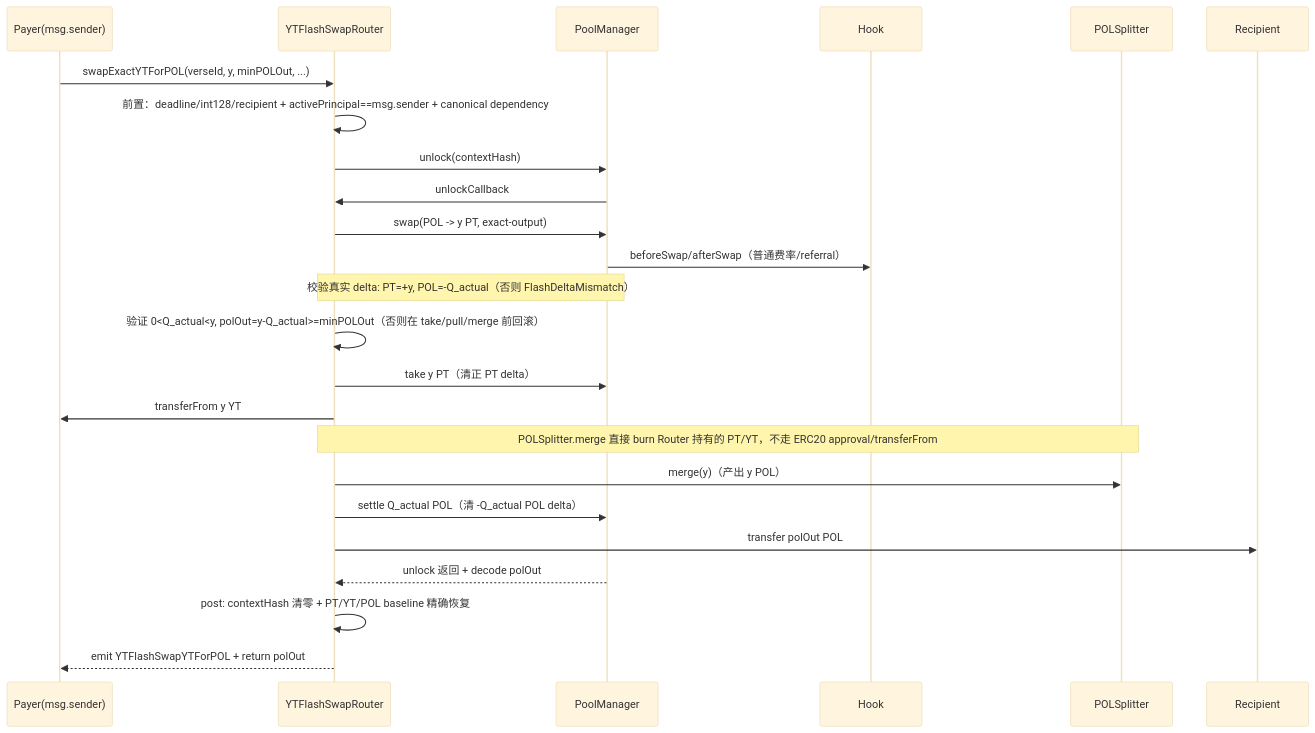
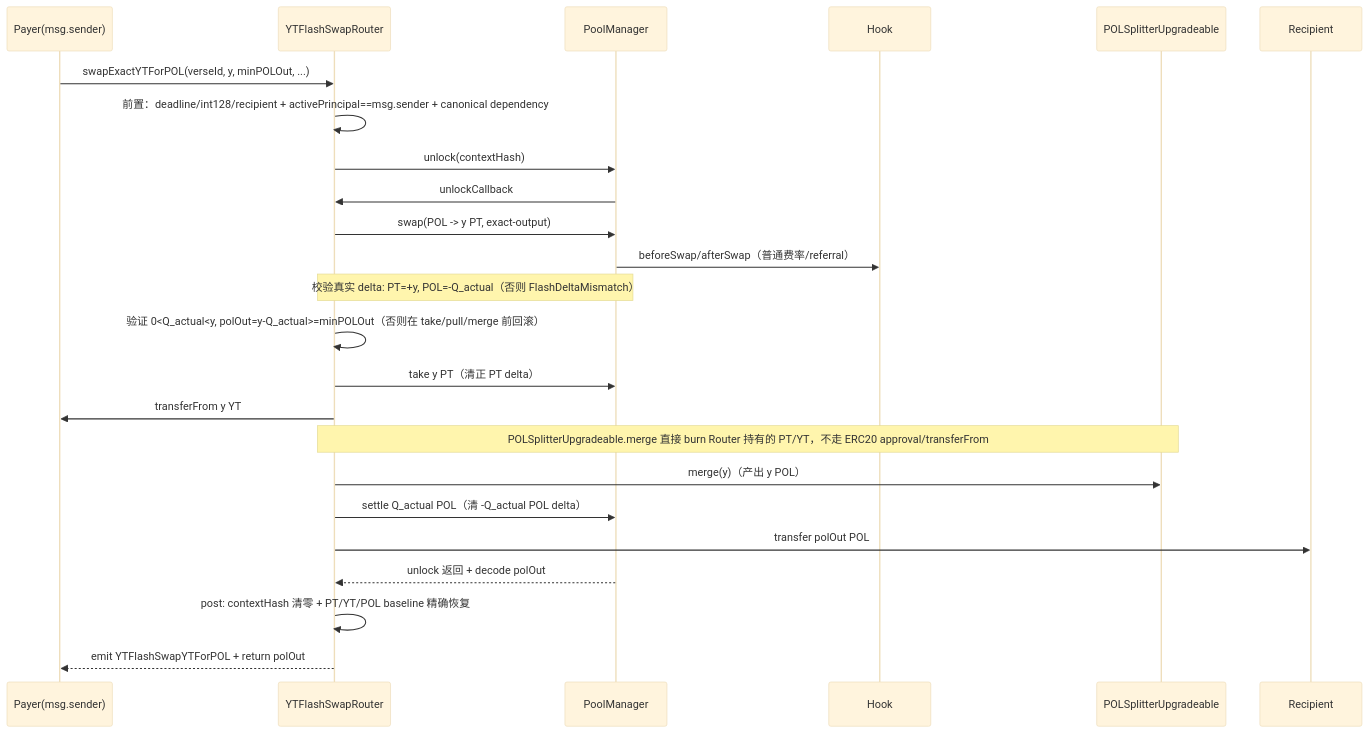
Diagram 11 of 11 in docs/spec/swap/swap-flow.md (OutrunBuild/Memeverse), drawn with Mermaid (base theme) before and after one commit. The commit also changed other lines of this file and 146 other files, not shown here.

````diff
--- a/docs/spec/swap/swap-flow.md
+++ b/docs/spec/swap/swap-flow.md
@@ -309,27 +309,27 @@
 ```mermaid
 sequenceDiagram
     participant U as Payer(msg.sender)
     participant R as YTFlashSwapRouter
     participant PM as PoolManager
     participant H as Hook
-    participant S as POLSplitter
+    participant S as POLSplitterUpgradeable
     participant RC as Recipient
 
     U->>R: swapExactYTForPOL(verseId, y, minPOLOut, ...)
     R->>R: 前置：deadline/int128/recipient + activePrincipal==msg.sender + canonical dependency
     R->>PM: unlock(contextHash)
     PM->>R: unlockCallback
     R->>PM: swap(POL -> y PT, exact-output)
     PM->>H: beforeSwap/afterSwap（普通费率/referral）
     Note over R,PM: 校验真实 delta: PT=+y, POL=-Q_actual（否则 FlashDeltaMismatch）
     R->>R: 验证 0<Q_actual<y, polOut=y-Q_actual>=minPOLOut（否则在 take/pull/merge 前回滚）
     R->>PM: take y PT（清正 PT delta）
     R->>U: transferFrom y YT
-    Note over R,S: POLSplitter.merge 直接 burn Router 持有的 PT/YT，不走 ERC20 approval/transferFrom
+    Note over R,S: POLSplitterUpgradeable.merge 直接 burn Router 持有的 PT/YT，不走 ERC20 approval/transferFrom
     R->>S: merge(y)（产出 y POL）
     R->>PM: settle Q_actual POL（清 -Q_actual POL delta）
     R->>RC: transfer polOut POL
     PM-->>R: unlock 返回 + decode polOut
     R->>R: post: contextHash 清零 + PT/YT/POL baseline 精确恢复
     R-->>U: emit YTFlashSwapYTForPOL + return polOut
 ```
````
